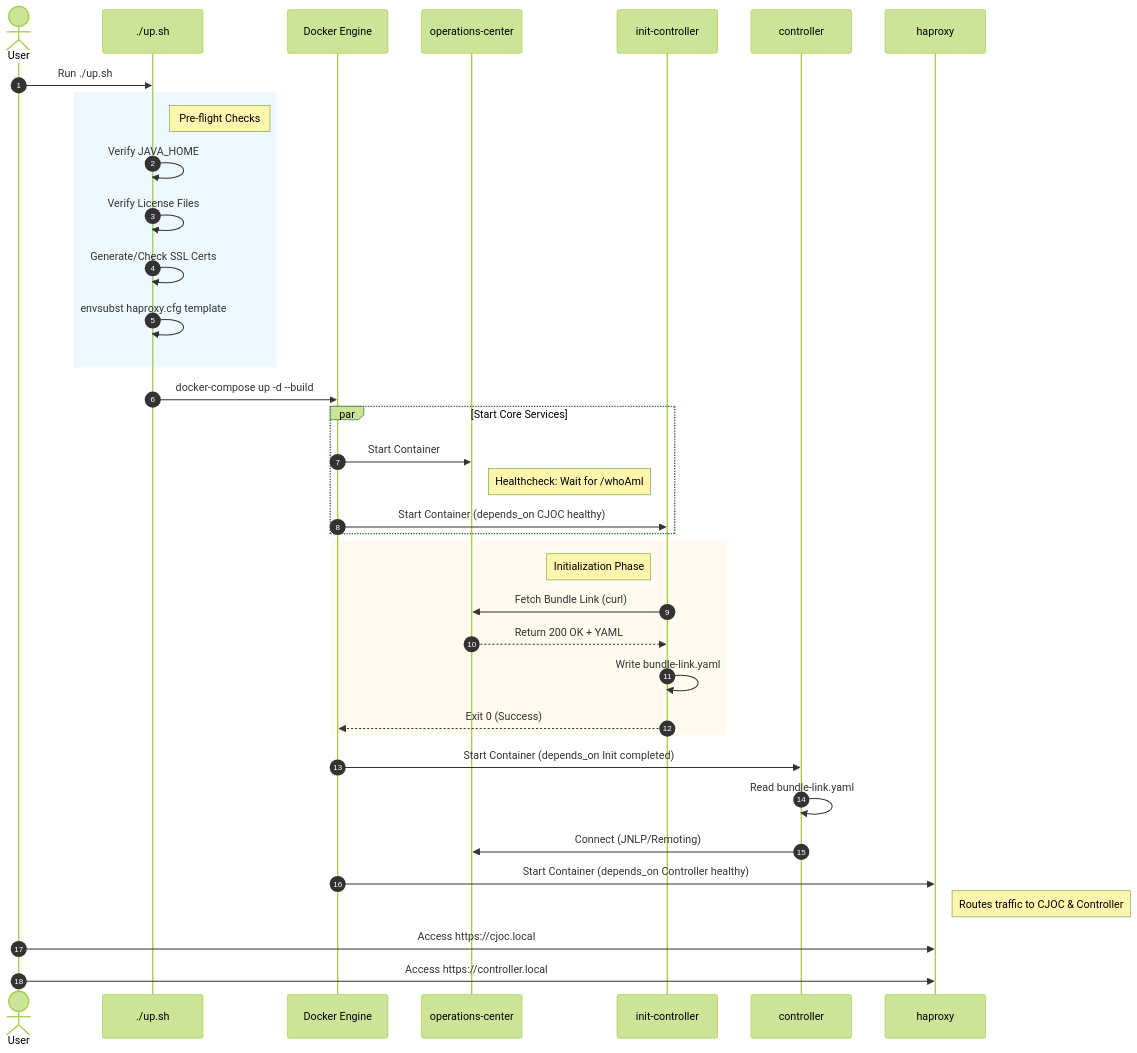
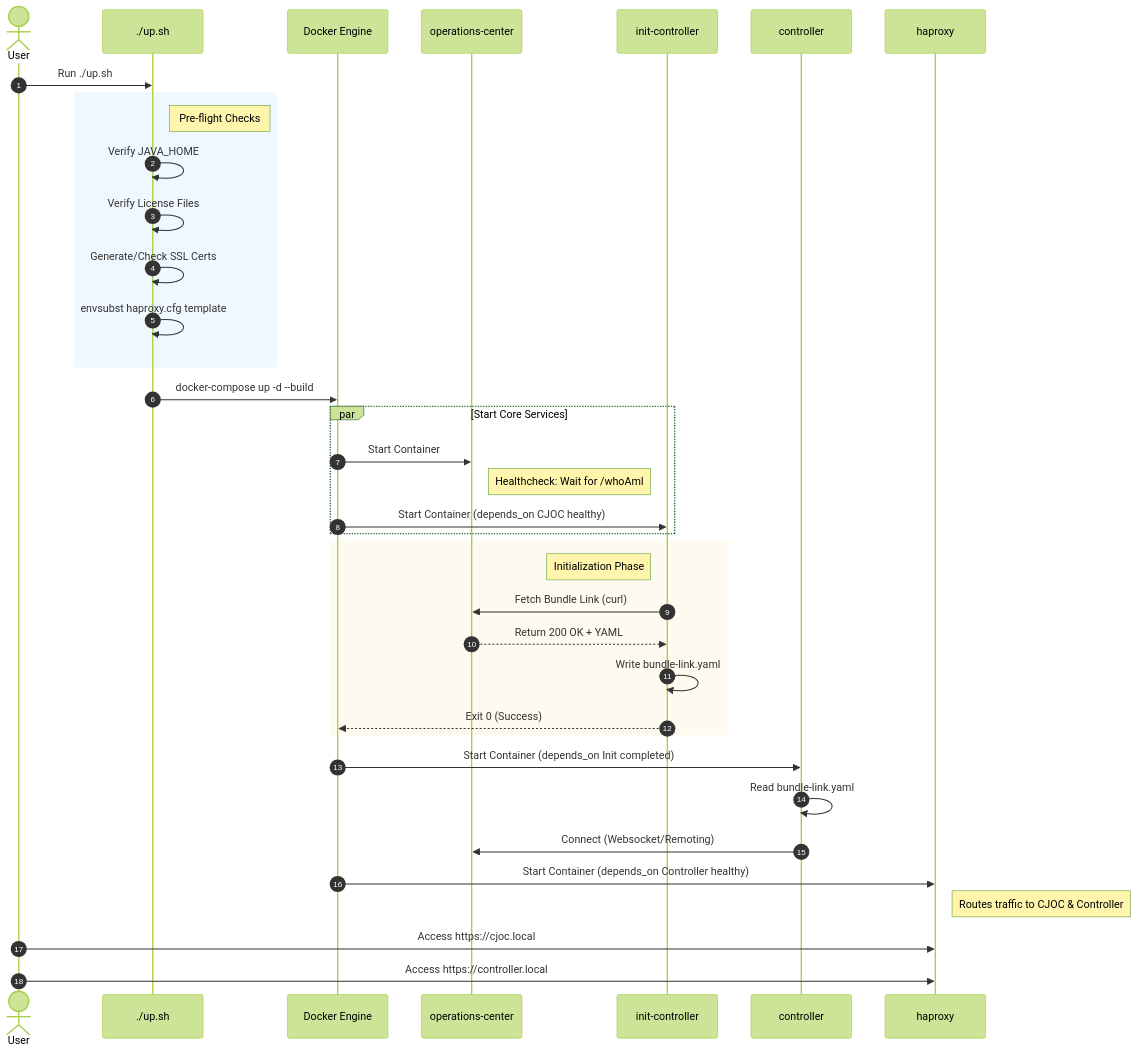
One commit to cb-ci/ci-traditional changed the second of 2 diagrams in README.md. Above: the diagram before and after it, drawn with Mermaid (forest theme).

Commit message:
Fix: Resolve controller connection refusal to Operations Center by introducing new CASC configurations and updating the connection protocol to WebSocket.

````diff
--- a/README.md
+++ b/README.md
@@ -55,48 +55,48 @@
 ```mermaid
 sequenceDiagram
     autonumber
     
     actor User
     participant Script as ./up.sh
     participant Docker as Docker Engine
     participant CJOC as operations-center
     participant Init as init-controller
     participant Controller as controller
     participant HAProxy as haproxy
 
     User->>Script: Run ./up.sh
     
     rect rgb(240, 248, 255)
         Note right of Script: Pre-flight Checks
         Script->>Script: Verify JAVA_HOME
         Script->>Script: Verify License Files
         Script->>Script: Generate/Check SSL Certs
         Script->>Script: envsubst haproxy.cfg template
     end
 
     Script->>Docker: docker-compose up -d --build
     
     par Start Core Services
         Docker->>CJOC: Start Container
         Note right of CJOC: Healthcheck: Wait for /whoAmI
         Docker->>Init: Start Container (depends_on CJOC healthy)
     end
     
     rect rgb(255, 250, 240)
         Note left of Init: Initialization Phase
         Init->>CJOC: Fetch Bundle Link (curl)
         CJOC-->>Init: Return 200 OK + YAML
         Init->>Init: Write bundle-link.yaml
         Init-->>Docker: Exit 0 (Success)
     end
 
     Docker->>Controller: Start Container (depends_on Init completed)
     Controller->>Controller: Read bundle-link.yaml
-    Controller->>CJOC: Connect (JNLP/Remoting)
+    Controller->>CJOC: Connect (Websocket/Remoting)
     
     Docker->>HAProxy: Start Container (depends_on Controller healthy)
     Note right of HAProxy: Routes traffic to CJOC & Controller
 
     User->>HAProxy: Access https://cjoc.local
     User->>HAProxy: Access https://controller.local
 ```
````
